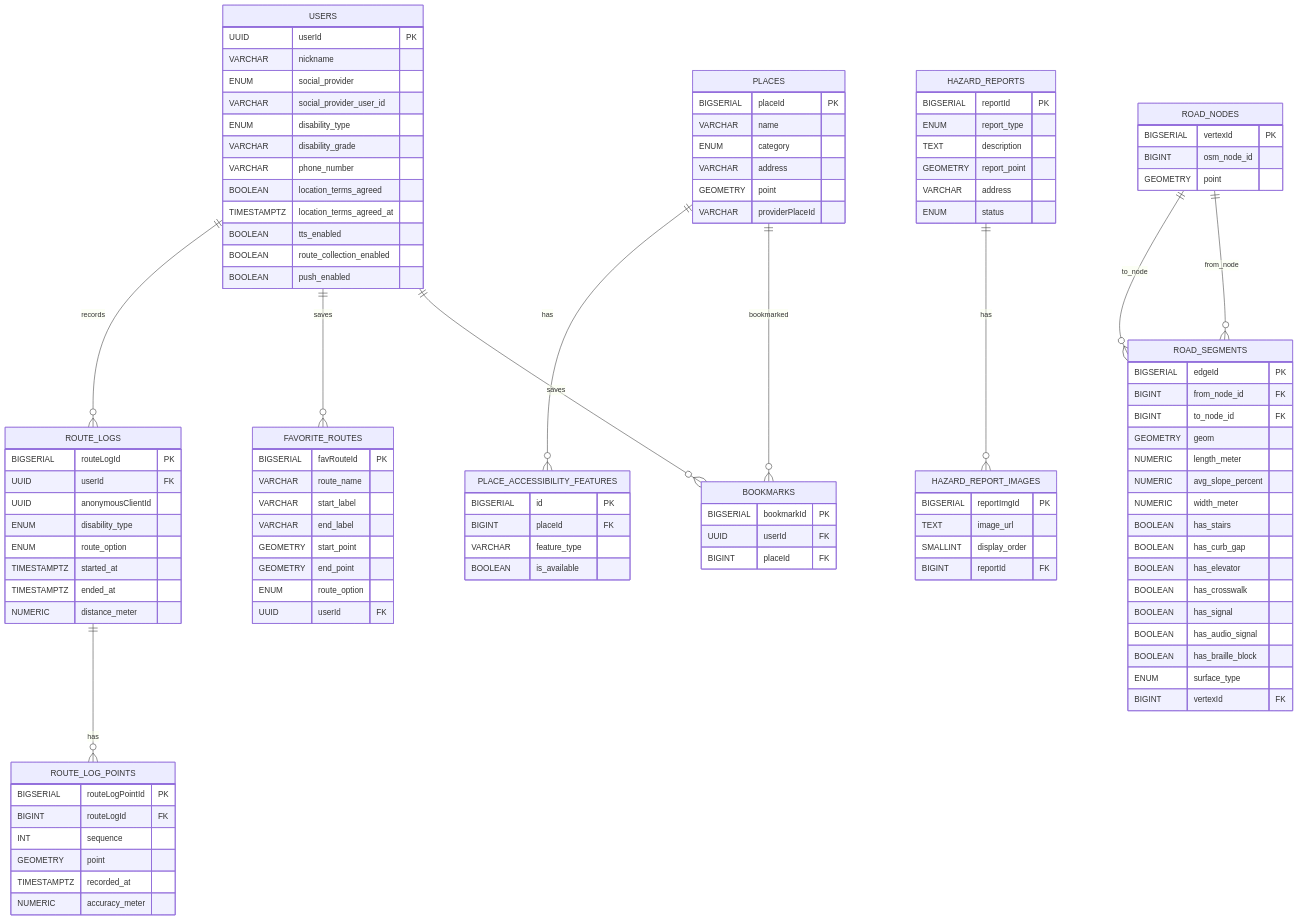
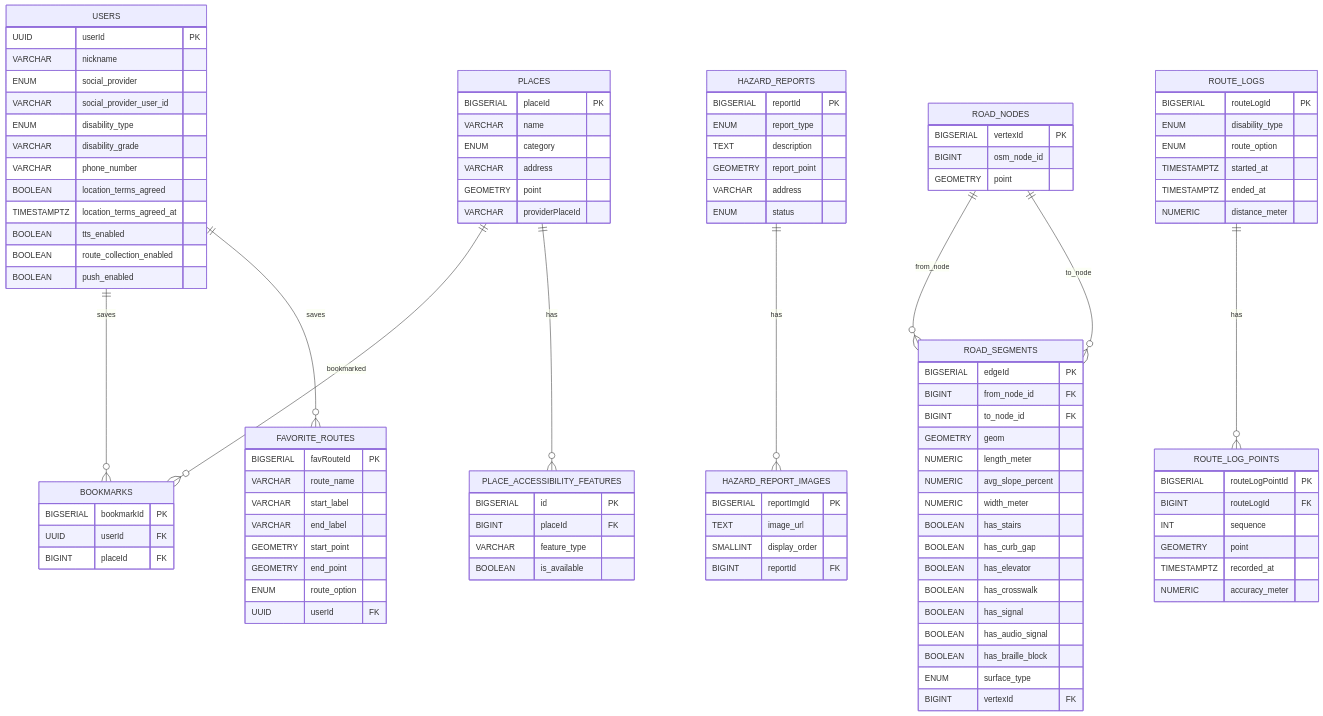
Before and after one commit to busaneumgil/busaneumgil: the diagram in Docs/ARD/2026-04-12_ERD_초안.md, drawn with Mermaid. The commit also changed other lines of this file and 4 other files, not shown here.

```diff
--- a/Docs/ARD/2026-04-12_ERD_초안.md
+++ b/Docs/ARD/2026-04-12_ERD_초안.md
@@ -56,7 +56,6 @@
 erDiagram
     USERS ||--o{ BOOKMARKS : saves
     USERS ||--o{ FAVORITE_ROUTES : saves
-    USERS ||--o{ ROUTE_LOGS : records
 
     HAZARD_REPORTS ||--o{ HAZARD_REPORT_IMAGES : has
 
@@ -158,8 +157,6 @@
 
     ROUTE_LOGS {
         BIGSERIAL routeLogId PK
-        UUID userId FK
-        UUID anonymousClientId
         ENUM disability_type
         ENUM route_option
         TIMESTAMPTZ started_at
```
